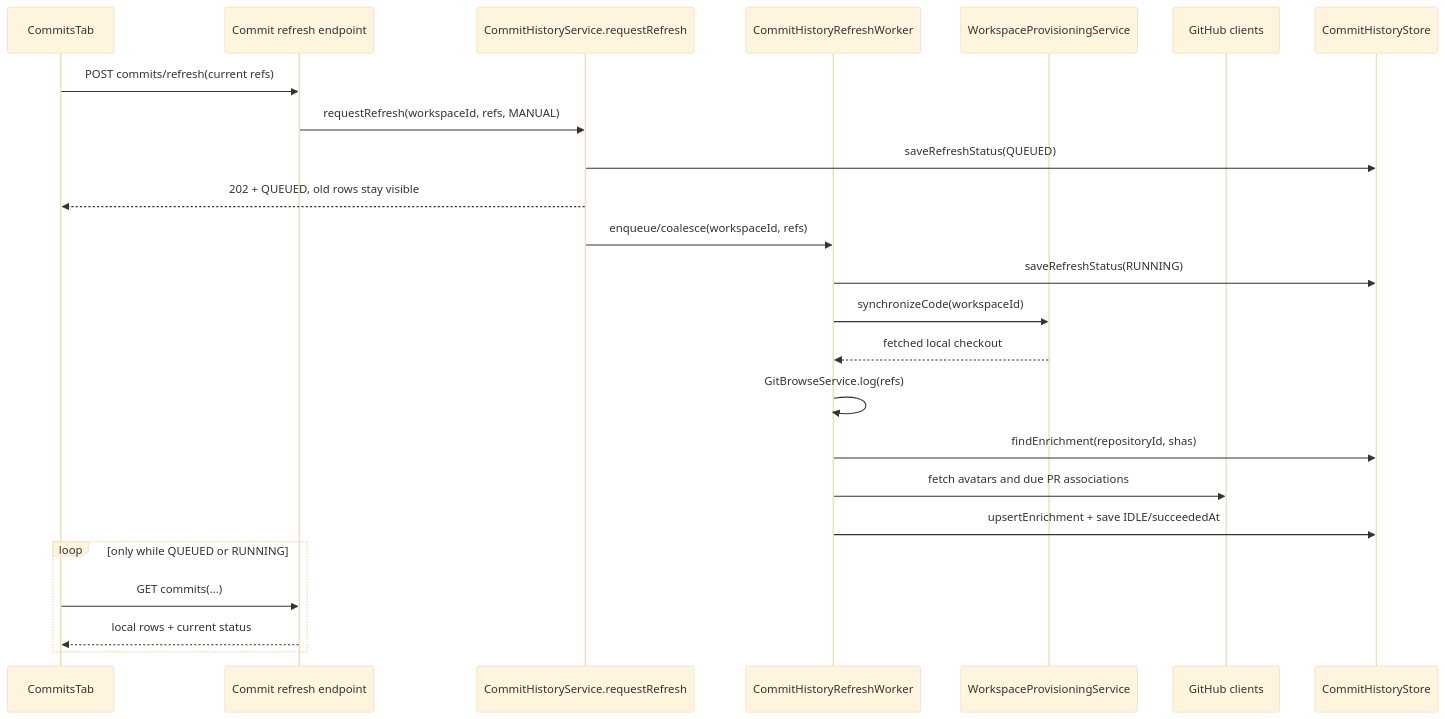
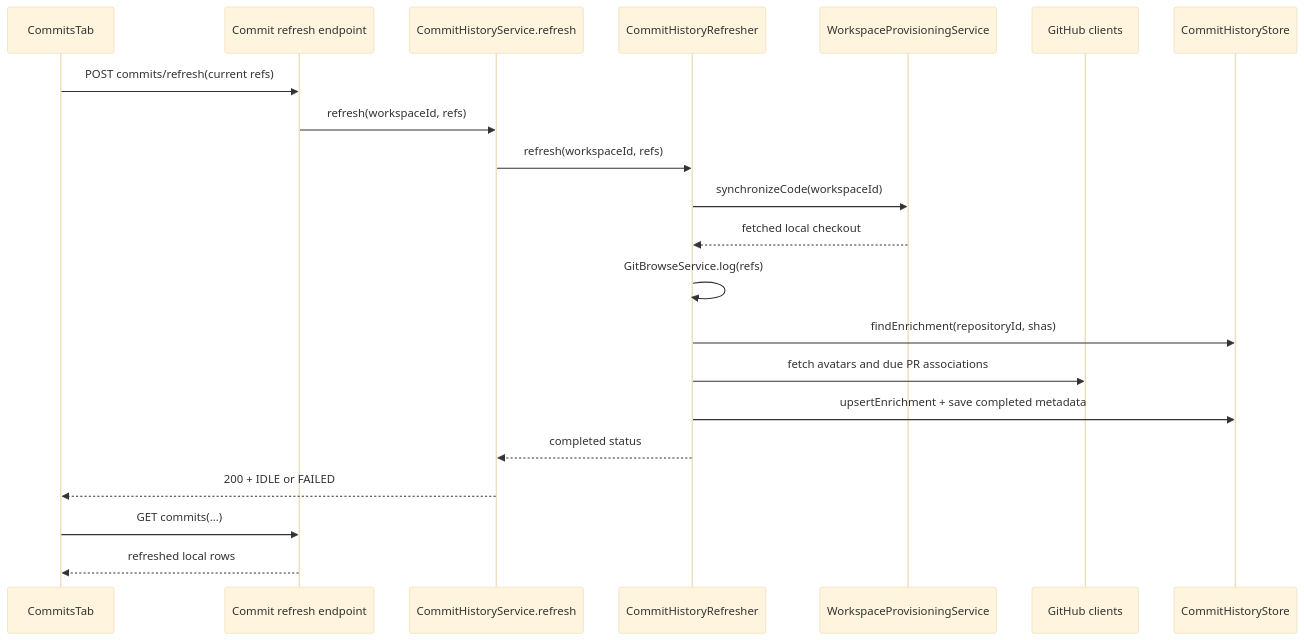
One commit to bytequay/bytequay changed the second of 3 diagrams in docs/design/commits.md. Above: the diagram before and after it, drawn with Mermaid (base theme). The commit also changed other lines of this file and 28 other files, not shown here.

Commit message:
Refresh commit history directly

````diff
--- a/docs/design/commits.md
+++ b/docs/design/commits.md
@@ -425,27 +406,24 @@
 ```mermaid
 sequenceDiagram
     participant UI as CommitsTab
     participant API as Commit refresh endpoint
-    participant Service as CommitHistoryService.requestRefresh
-    participant Worker as CommitHistoryRefreshWorker
+    participant Service as CommitHistoryService.refresh
+    participant Refresher as CommitHistoryRefresher
     participant Git as WorkspaceProvisioningService
     participant GitHub as GitHub clients
     participant Store as CommitHistoryStore
 
     UI->>API: POST commits/refresh(current refs)
-    API->>Service: requestRefresh(workspaceId, refs, MANUAL)
-    Service->>Store: saveRefreshStatus(QUEUED)
-    Service-->>UI: 202 + QUEUED, old rows stay visible
-    Service->>Worker: enqueue/coalesce(workspaceId, refs)
-    Worker->>Store: saveRefreshStatus(RUNNING)
-    Worker->>Git: synchronizeCode(workspaceId)
-    Git-->>Worker: fetched local checkout
-    Worker->>Worker: GitBrowseService.log(refs)
-    Worker->>Store: findEnrichment(repositoryId, shas)
-    Worker->>GitHub: fetch avatars and due PR associations
-    Worker->>Store: upsertEnrichment + save IDLE/succeededAt
-    loop only while QUEUED or RUNNING
-        UI->>API: GET commits(...)
-        API-->>UI: local rows + current status
-    end
+    API->>Service: refresh(workspaceId, refs)
+    Service->>Refresher: refresh(workspaceId, refs)
+    Refresher->>Git: synchronizeCode(workspaceId)
+    Git-->>Refresher: fetched local checkout
+    Refresher->>Refresher: GitBrowseService.log(refs)
+    Refresher->>Store: findEnrichment(repositoryId, shas)
+    Refresher->>GitHub: fetch avatars and due PR associations
+    Refresher->>Store: upsertEnrichment + save completed metadata
+    Refresher-->>Service: completed status
+    Service-->>UI: 200 + IDLE or FAILED
+    UI->>API: GET commits(...)
+    API-->>UI: refreshed local rows
 ```
````
